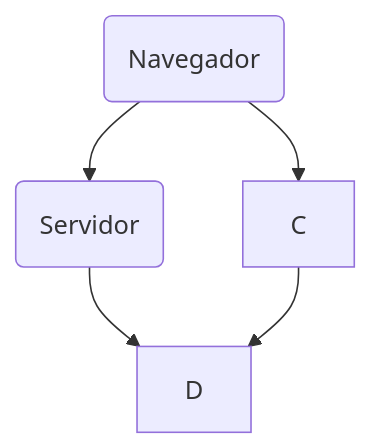
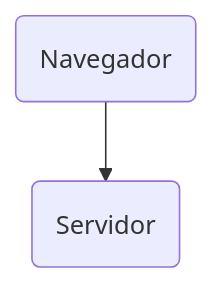
Before and after one commit to OmAn94/Markdown: the diagram in README.md, drawn with Mermaid.

````diff
--- a/README.md
+++ b/README.md
@@ -5,7 +5,4 @@
 ```mermaid
 graph TD;
     A(Navegador)-->B(Servidor);
-    A-->C;
-    B-->D;
-    C-->D;
 ```
````
